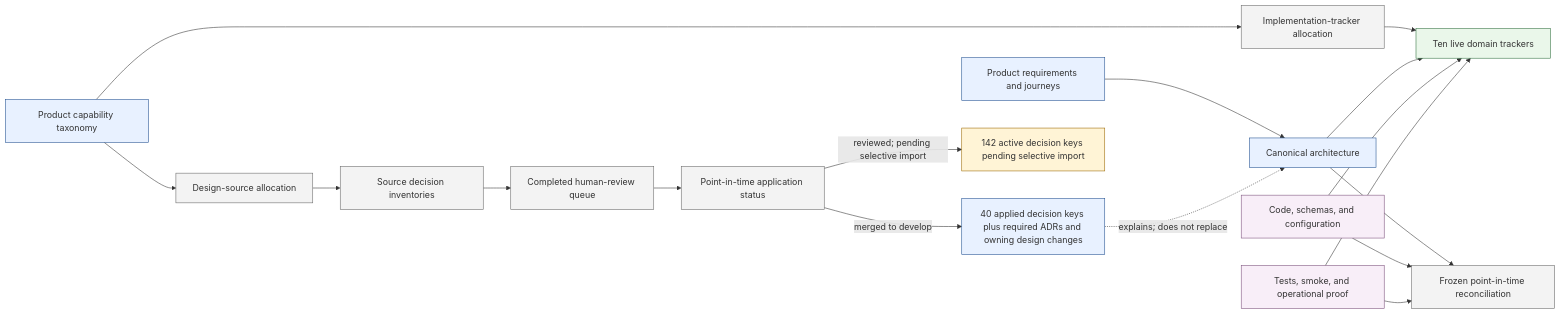
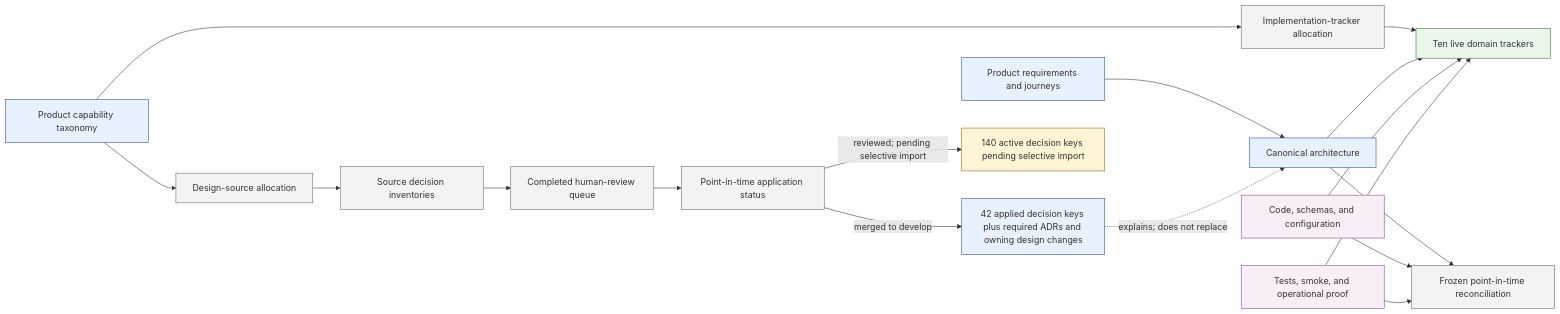
The diagram in design/project-management/design-alignment/README.md (benhook1013/FireMUD), drawn with Mermaid before and after one commit. The commit also changed other lines of this file and 23 other files, not shown here.

````diff
--- a/design/project-management/design-alignment/README.md
+++ b/design/project-management/design-alignment/README.md
@@ -27,27 +27,27 @@
 ```mermaid
 flowchart LR
     PRODUCT[Product requirements and journeys]:::canonical --> ARCH[Canonical architecture]:::canonical
     TAXONOMY[Product capability taxonomy]:::canonical --> DESIGN_ALLOC[Design-source allocation]:::alignment
     DESIGN_ALLOC --> SOURCE_INV[Source decision inventories]:::alignment
     SOURCE_INV --> HUMAN_QUEUE[Completed human-review queue]:::alignment
     HUMAN_QUEUE --> APPLY[Point-in-time application status]:::alignment
-    APPLY -->|merged to develop| ADRS[40 applied decision keys plus required ADRs and owning design changes]:::canonical
+    APPLY -->|merged to develop| ADRS[42 applied decision keys plus required ADRs and owning design changes]:::canonical
     ADRS -. explains; does not replace .-> ARCH
-    APPLY -->|reviewed; pending selective import| PENDING[142 active decision keys pending selective import]:::pending
+    APPLY -->|reviewed; pending selective import| PENDING[140 active decision keys pending selective import]:::pending
 
     TAXONOMY --> TRACKER_ALLOC[Implementation-tracker allocation]:::alignment
     TRACKER_ALLOC --> TRACKERS[Ten live domain trackers]:::status
     ARCH --> TRACKERS
     CODE[Code, schemas, and configuration]:::evidence --> TRACKERS
     PROOF[Tests, smoke, and operational proof]:::evidence --> TRACKERS
 
     ARCH --> RECON[Frozen point-in-time reconciliation]:::alignment
     CODE --> RECON
     PROOF --> RECON
 
     classDef canonical fill:#e8f1ff,stroke:#1f4f8f
     classDef alignment fill:#f3f3f3,stroke:#666
     classDef pending fill:#fff4d6,stroke:#9a6700
     classDef status fill:#eaf7ea,stroke:#2f6f3e
     classDef evidence fill:#f8eef8,stroke:#7a4e7a
 ```
````
